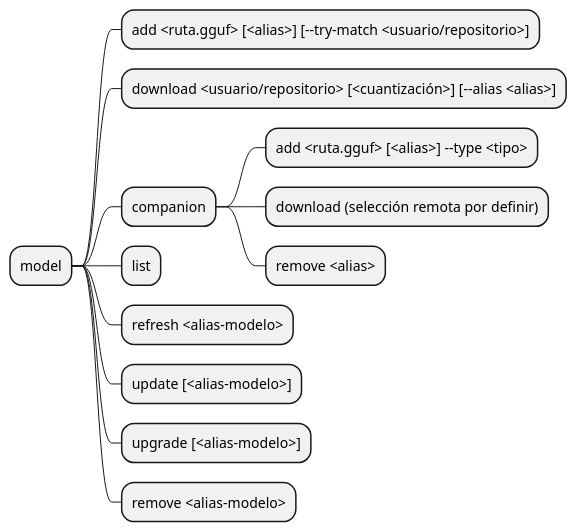
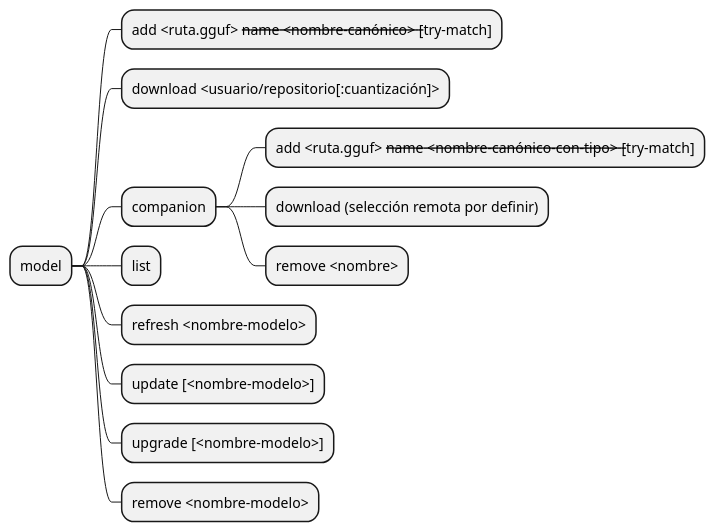
Before and after one commit to mstranich/coquena: the third of 13 diagrams in docs/comandos.md, drawn with PlantUML. The commit also changed other lines of this file and 7 other files, not shown here.

````diff
--- a/docs/comandos.md
+++ b/docs/comandos.md
@@ -80,16 +80,16 @@
 ```plantuml
 @startmindmap
 * model
-** add <ruta.gguf> [<alias>] [--try-match <usuario/repositorio>]
-** download <usuario/repositorio> [<cuantización>] [--alias <alias>]
+** add <ruta.gguf> --name <nombre-canónico> [--try-match]
+** download <usuario/repositorio[:cuantización]>
 ** companion
-*** add <ruta.gguf> [<alias>] --type <tipo>
+*** add <ruta.gguf> --name <nombre-canónico-con-tipo> [--try-match]
 *** download (selección remota por definir)
-*** remove <alias>
+*** remove <nombre>
 ** list
-** refresh <alias-modelo>
-** update [<alias-modelo>]
-** upgrade [<alias-modelo>]
-** remove <alias-modelo>
+** refresh <nombre-modelo>
+** update [<nombre-modelo>]
+** upgrade [<nombre-modelo>]
+** remove <nombre-modelo>
 @endmindmap
 ```
````
